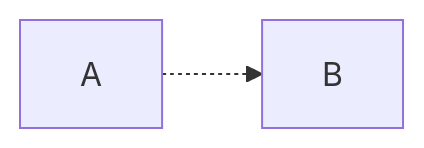
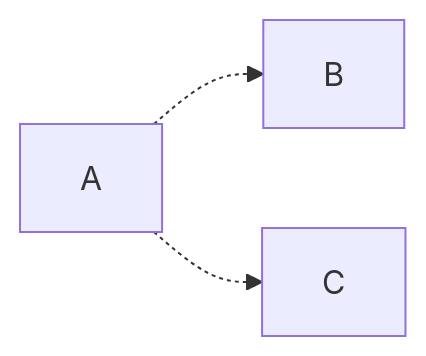
One commit to xiaojian-w/Gene-Regulatory-Networks-Construction changed the diagram in design.md. Above: the diagram before and after it, drawn with Mermaid. The commit also changed other lines of this file, not shown here.

Commit message:
design.md updated from https://stackedit.io/

````diff
--- a/design.md
+++ b/design.md
@@ -14,3 +16,7 @@
 ```mermaid
-graph LR; A-.->B;
+graph LR; 
+A-.->B;
+A-.->C;
+
+
 ```
````
